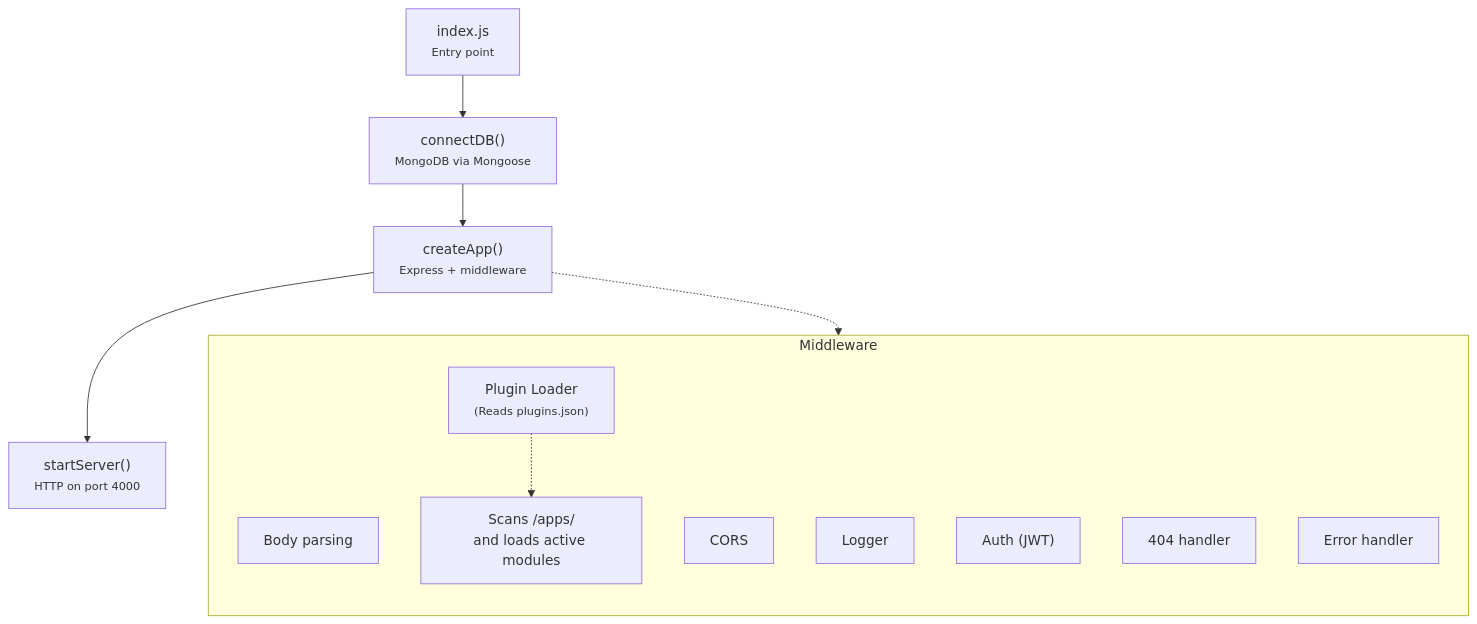
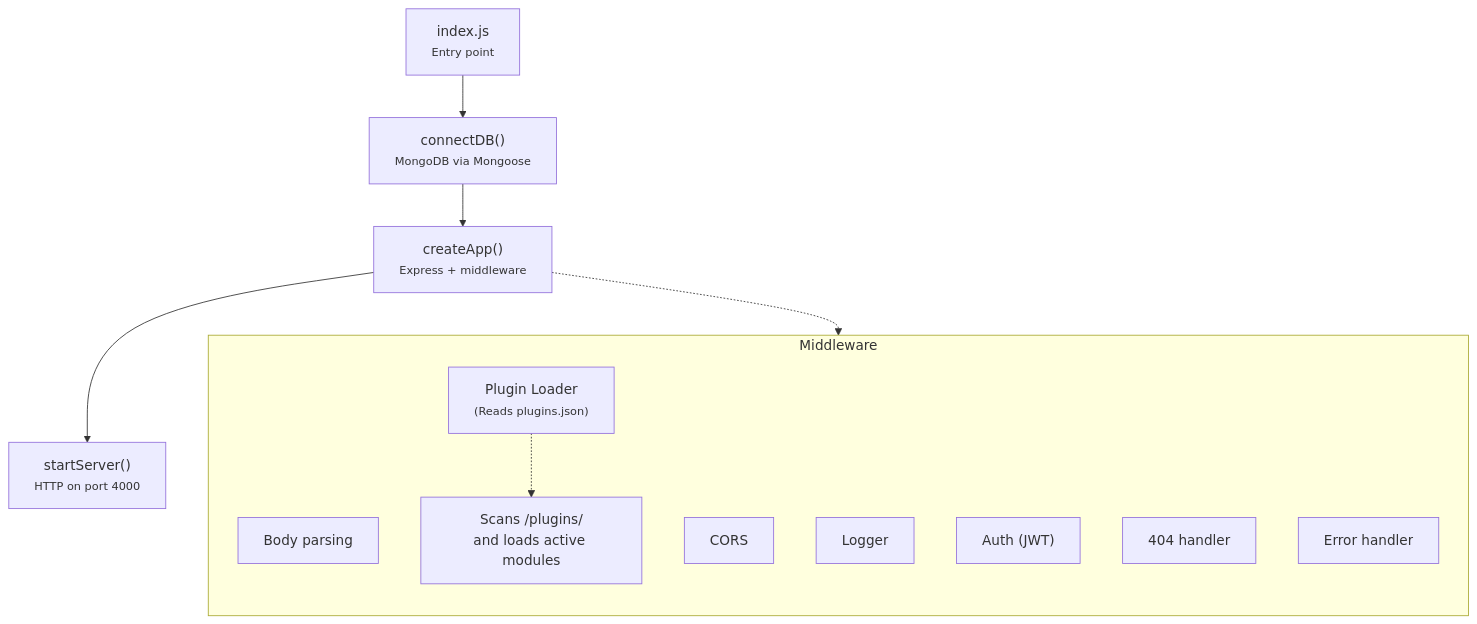
One commit to NITRR-Official/CampusOS changed the first of 2 diagrams in docs/architecture/OVERVIEW.md. Above: the diagram before and after it, drawn with Mermaid. The commit also changed other lines of this file and 691 other files, not shown here.

First line of the commit message:
refactor(core): migrate to dynamic atomic rbac and modular plugin architecture (#85)

````diff
--- a/docs/architecture/OVERVIEW.md
+++ b/docs/architecture/OVERVIEW.md
@@ -7,19 +7,19 @@
 ```mermaid
 flowchart TD
     index["index.js<br/><small>Entry point</small>"] --> connectDB["connectDB()<br/><small>MongoDB via Mongoose</small>"]
     connectDB --> createApp["createApp()<br/><small>Express + middleware</small>"]
 
     createApp -.-> Middleware
     subgraph Middleware
         direction TB
         p1[Body parsing]
         p2[CORS]
         p3[Logger]
         p4["Auth (JWT)"]
-        p5["Plugin Loader<br/><small>(Reads plugins.json)</small>"] -.-> scan["Scans /apps/<br/>and loads active modules"]
+        p5["Plugin Loader<br/><small>(Reads plugins.json)</small>"] -.-> scan["Scans /plugins/<br/>and loads active modules"]
         p6[404 handler]
         p7[Error handler]
     end
 
     createApp --> startServer["startServer()<br/><small>HTTP on port 4000</small>"]
 ```
````
